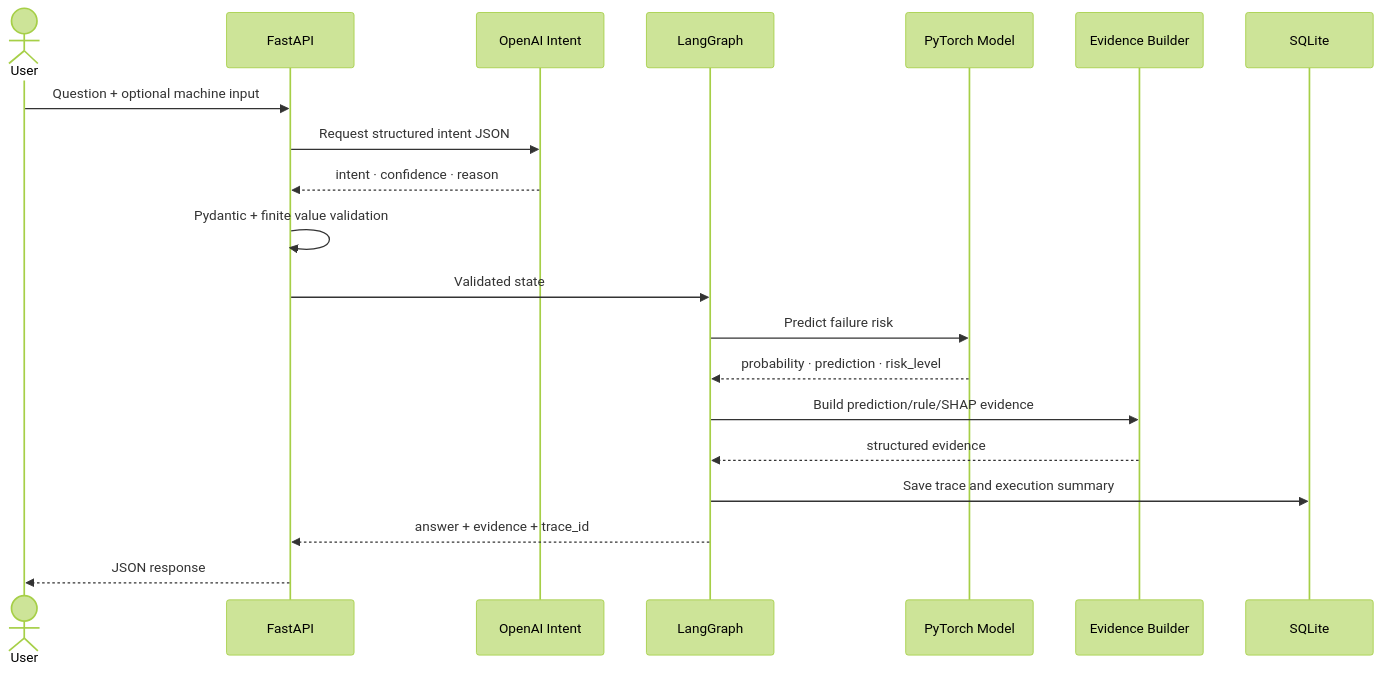
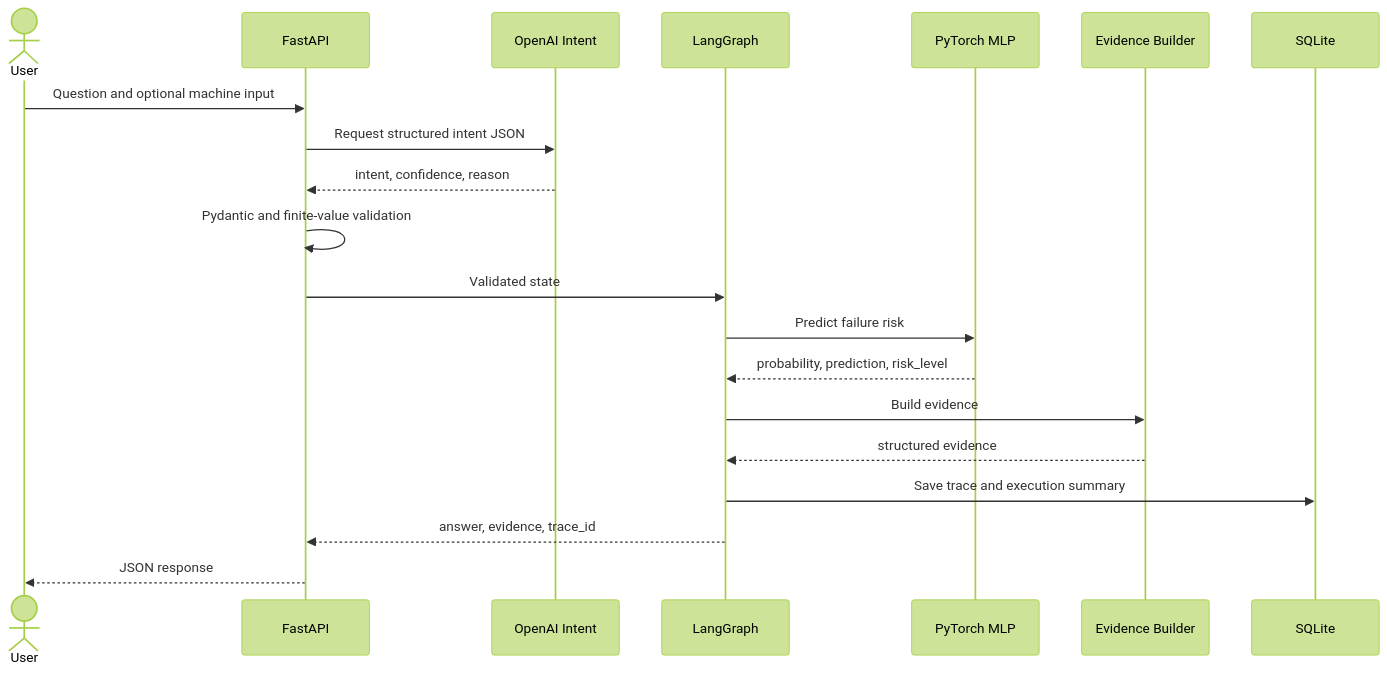
The third of 3 diagrams in README.md (lightleaping/manufacturing-ai-quality-agent-reference), drawn with Mermaid (forest theme) before and after one commit. The commit also changed other lines of this file, not shown here.

````diff
--- a/README.md
+++ b/README.md
@@ -264,23 +207,23 @@
 ```mermaid
 sequenceDiagram
     actor User
     participant API as FastAPI
     participant OAI as OpenAI Intent
     participant LG as LangGraph
-    participant Model as PyTorch Model
+    participant Model as PyTorch MLP
     participant Ev as Evidence Builder
     participant DB as SQLite
 
-    User->>API: Question + optional machine input
+    User->>API: Question and optional machine input
     API->>OAI: Request structured intent JSON
-    OAI-->>API: intent · confidence · reason
-    API->>API: Pydantic + finite value validation
+    OAI-->>API: intent, confidence, reason
+    API->>API: Pydantic and finite-value validation
     API->>LG: Validated state
     LG->>Model: Predict failure risk
-    Model-->>LG: probability · prediction · risk_level
-    LG->>Ev: Build prediction/rule/SHAP evidence
+    Model-->>LG: probability, prediction, risk_level
+    LG->>Ev: Build evidence
     Ev-->>LG: structured evidence
     LG->>DB: Save trace and execution summary
-    LG-->>API: answer + evidence + trace_id
+    LG-->>API: answer, evidence, trace_id
     API-->>User: JSON response
 ```
````
